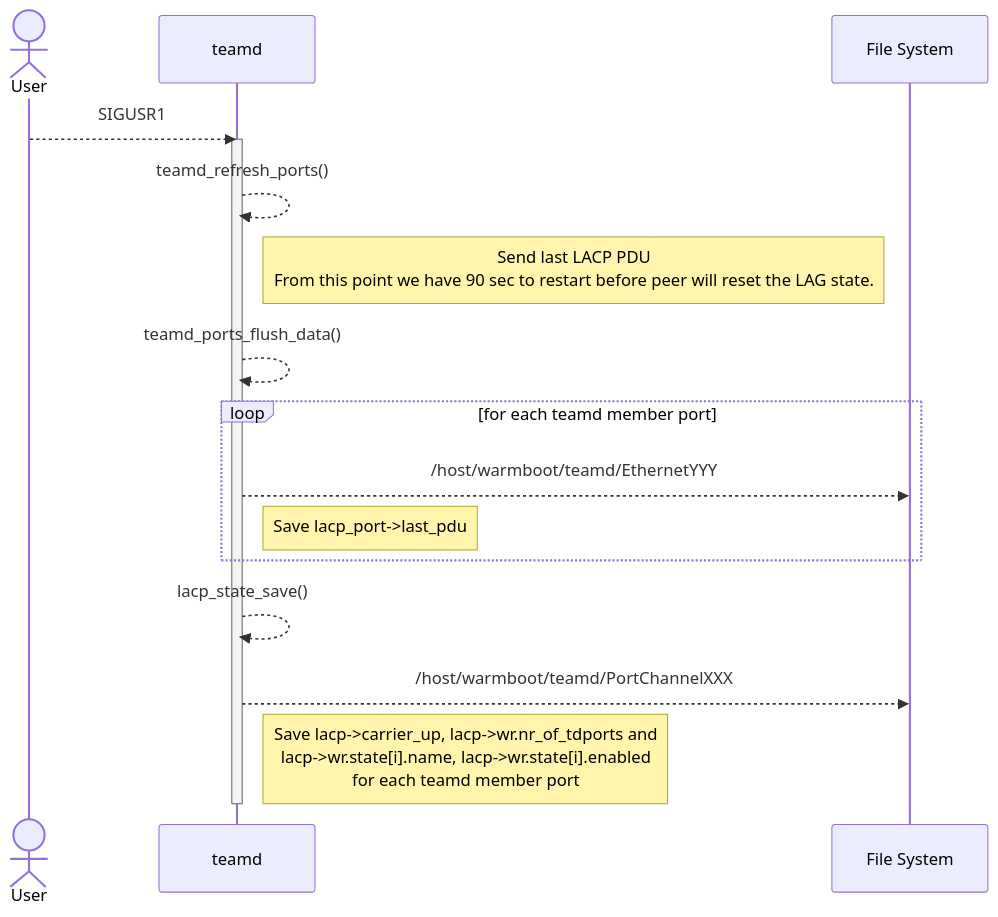
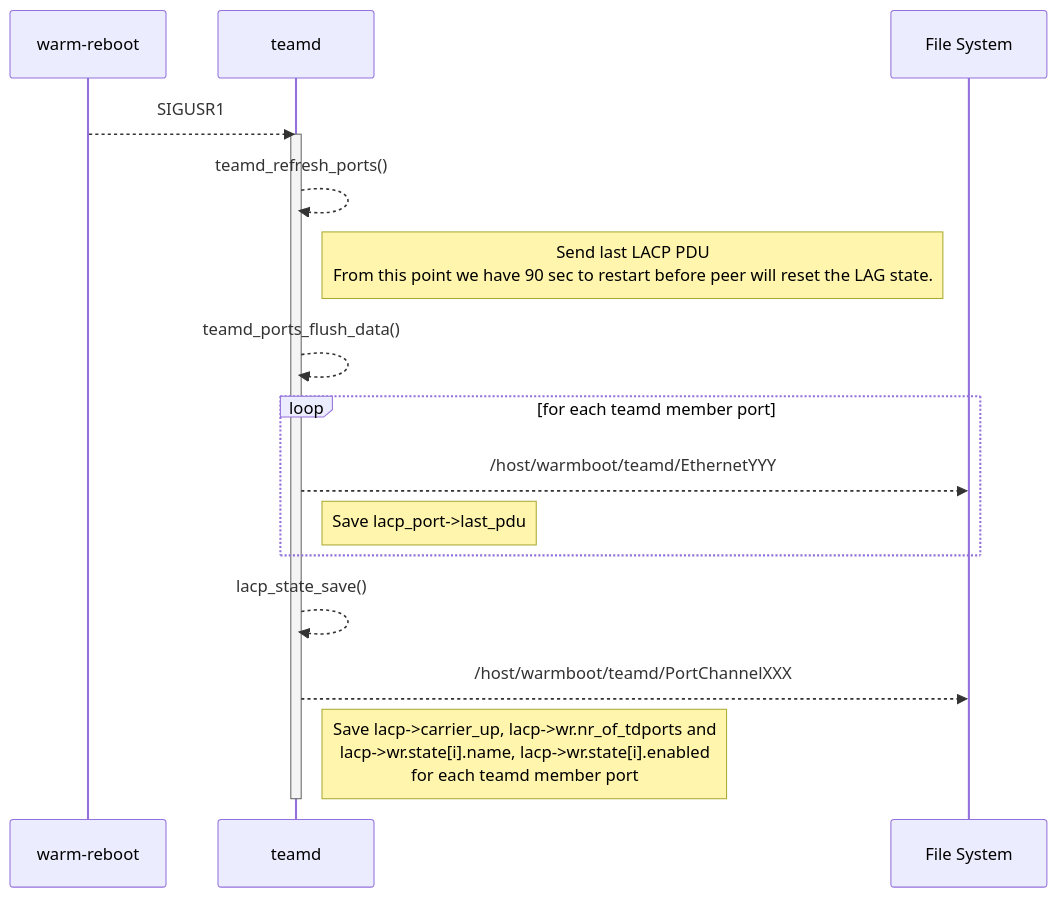
One commit to stepanblyschak/SONiC changed diagram 11 of 14 in doc/warm-reboot/wb.md. Above: the diagram before and after it, drawn with Mermaid. The commit also changed other lines of this file, not shown here.

````diff
--- a/doc/warm-reboot/wb.md
+++ b/doc/warm-reboot/wb.md
@@ -577,22 +648,22 @@
 ```mermaid
 sequenceDiagram
-    actor User
-    User -->> teamd: SIGUSR1
+    participant warm-reboot
+    warm-reboot -->> teamd: SIGUSR1
     activate teamd
 
     teamd -->> teamd: teamd_refresh_ports()
     Note right of teamd: Send last LACP PDU<br/>From this point we have 90 sec to restart before peer will reset the LAG state.
 
     teamd -->> teamd: teamd_ports_flush_data()
     loop for each teamd member port
         teamd -->> File System: /host/warmboot/teamd/EthernetYYY
         Note right of teamd: Save lacp_port->last_pdu
     end
 
     teamd -->> teamd: lacp_state_save()
     teamd -->> File System: /host/warmboot/teamd/PortChannelXXX
     Note right of teamd: Save lacp->carrier_up, lacp->wr.nr_of_tdports and<br/> lacp->wr.state[i].name, lacp->wr.state[i].enabled<br> for each teamd member port
 
     deactivate teamd
 
 ```
````
